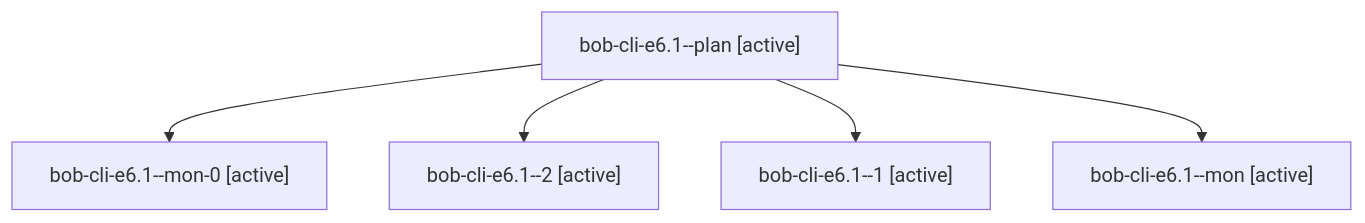
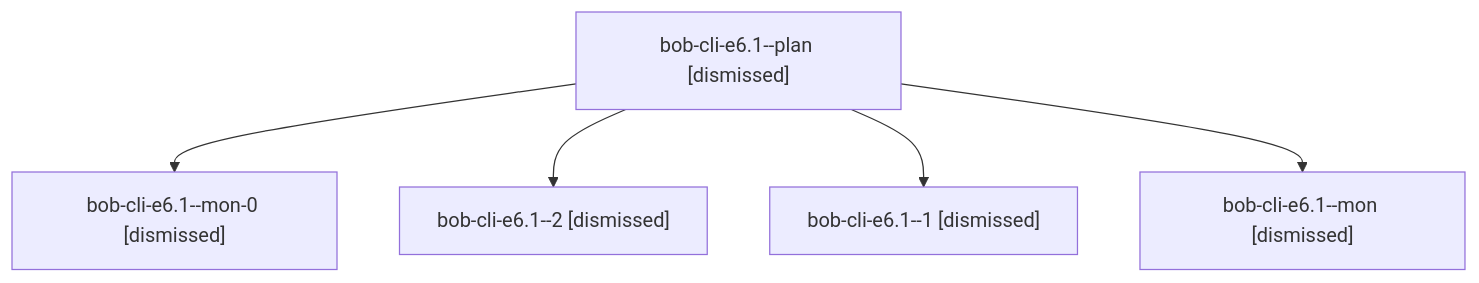
Before and after one commit to bobs-org/bob-cli--agents: the diagram in sessions/bbugyi200.apollo.bob-cli-e6.1.md, drawn with Mermaid. The commit also changed other lines of this file and 212 other files, not shown here.

````diff
--- a/sessions/bbugyi200.apollo.bob-cli-e6.1.md
+++ b/sessions/bbugyi200.apollo.bob-cli-e6.1.md
@@ -9,12 +9,12 @@
 ```mermaid
 flowchart TD
-  n0["bob-cli-e6.1--plan [active]"]
-  n1["bob-cli-e6.1--mon-0 [active]"]
+  n0["bob-cli-e6.1--plan [dismissed]"]
+  n1["bob-cli-e6.1--mon-0 [dismissed]"]
   n0 --> n1
-  n2["bob-cli-e6.1--2 [active]"]
+  n2["bob-cli-e6.1--2 [dismissed]"]
   n0 --> n2
-  n3["bob-cli-e6.1--1 [active]"]
+  n3["bob-cli-e6.1--1 [dismissed]"]
   n0 --> n3
-  n4["bob-cli-e6.1--mon [active]"]
+  n4["bob-cli-e6.1--mon [dismissed]"]
   n0 --> n4
 ```
````
